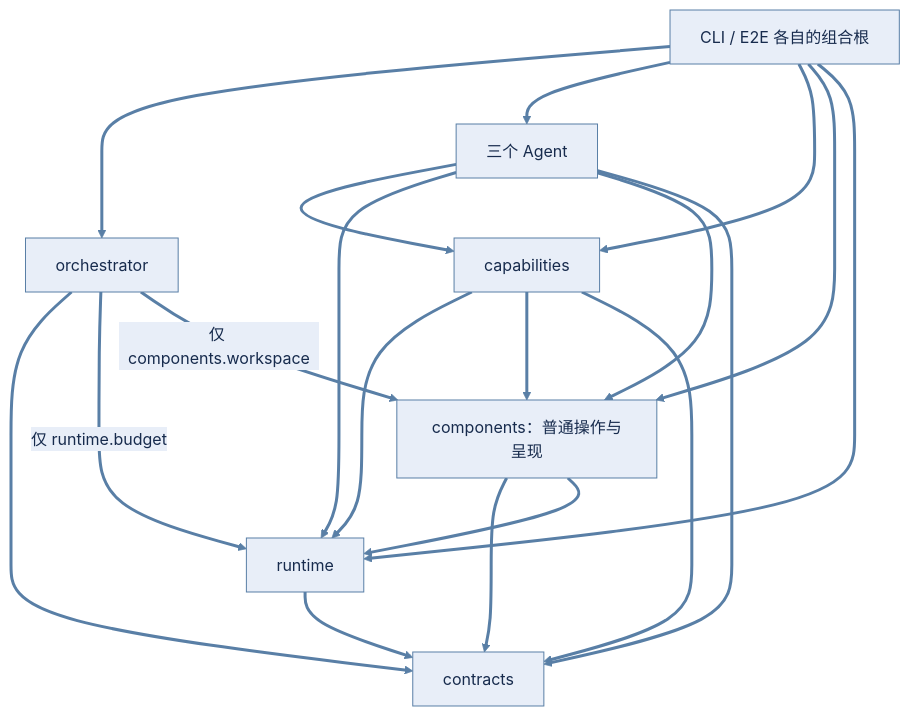
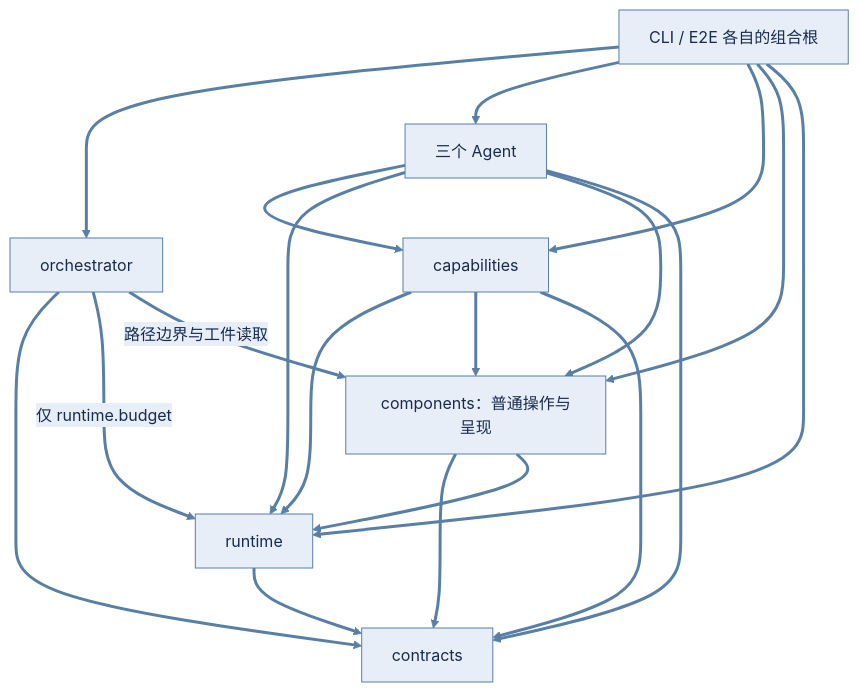
The second of 2 diagrams in docs/current/ARCHITECTURE.md (ylc123456789/ResAgent2), drawn with Mermaid before and after one commit. The commit also changed other lines of this file and 18 other files, not shown here.

Commit message:
docs: define research handoffs and server acceptance for schema 15

````diff
--- a/docs/current/ARCHITECTURE.md
+++ b/docs/current/ARCHITECTURE.md
@@ -58,23 +60,23 @@
 ```mermaid
 %%{init: {"theme": "base", "themeVariables": {"primaryColor": "#e8eef8", "primaryTextColor": "#172b4d", "primaryBorderColor": "#597fa6", "lineColor": "#597fa6", "textColor": "#172b4d", "edgeLabelBackground": "#e8eef8"}, "flowchart": {"nodeSpacing": 50, "rankSpacing": 60}}}%%
 flowchart TB
     Runtime[runtime] --> Contracts[contracts]
     Components[components：普通操作与呈现] --> Contracts
     Components --> Runtime
     Caps[capabilities] --> Runtime
     Caps --> Components
     Caps --> Contracts
     Agents[三个 Agent] --> Caps
     Agents --> Runtime
     Agents --> Components
     Agents --> Contracts
     Orch[orchestrator] --> Contracts
     Orch -->|仅 runtime.budget| Runtime
-    Orch -->|仅 components.workspace| Components
+    Orch -->|路径边界与工件读取| Components
     Root[CLI / E2E 各自的组合根] --> Orch
     Root --> Agents
     Root --> Caps
     Root --> Components
     Root --> Runtime
     linkStyle default stroke:#597fa6,stroke-width:3px
 ```
````
